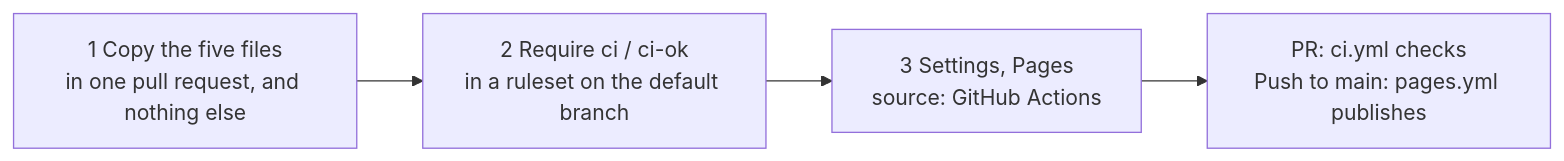
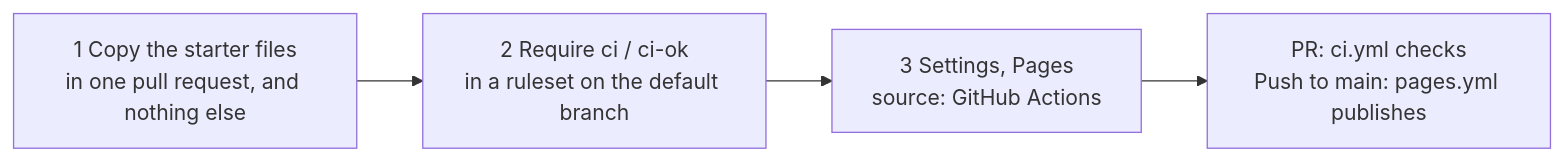
Before and after one commit to SoulCraft-Org/git-crafter: the first of 2 diagrams in templates/ci/README.md, drawn with Mermaid. The commit also changed other lines of this file, not shown here.

Commit message:
CI starter README: every template file listed, pins as vX.Y.Z, cut to stay under the reading goal

````diff
--- a/templates/ci/README.md
+++ b/templates/ci/README.md
@@ -12,6 +12,6 @@
 ```mermaid
 flowchart LR
-  C["1 Copy the five files<br/>in one pull request, and nothing else"] --> R["2 Require ci / ci-ok<br/>in a ruleset on the default branch"]
+  C["1 Copy the starter files<br/>in one pull request, and nothing else"] --> R["2 Require ci / ci-ok<br/>in a ruleset on the default branch"]
   R --> G["3 Settings, Pages<br/>source: GitHub Actions"]
   G --> P[PR: ci.yml checks<br/>Push to main: pages.yml publishes]
 ```
````
